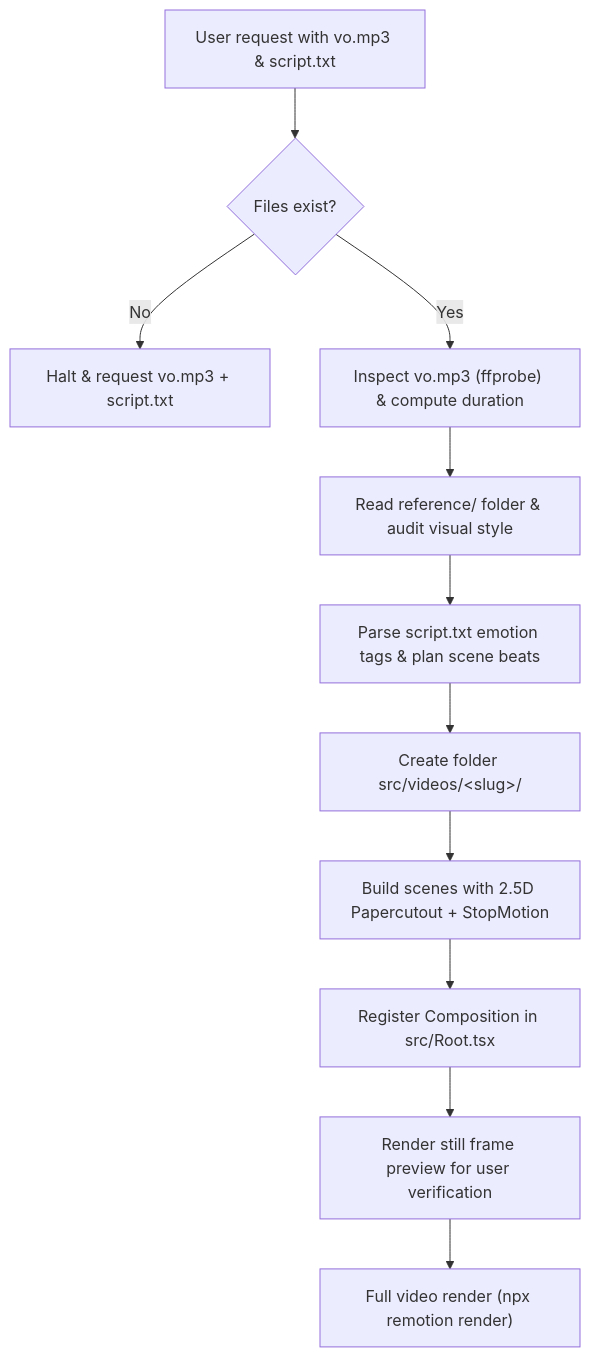
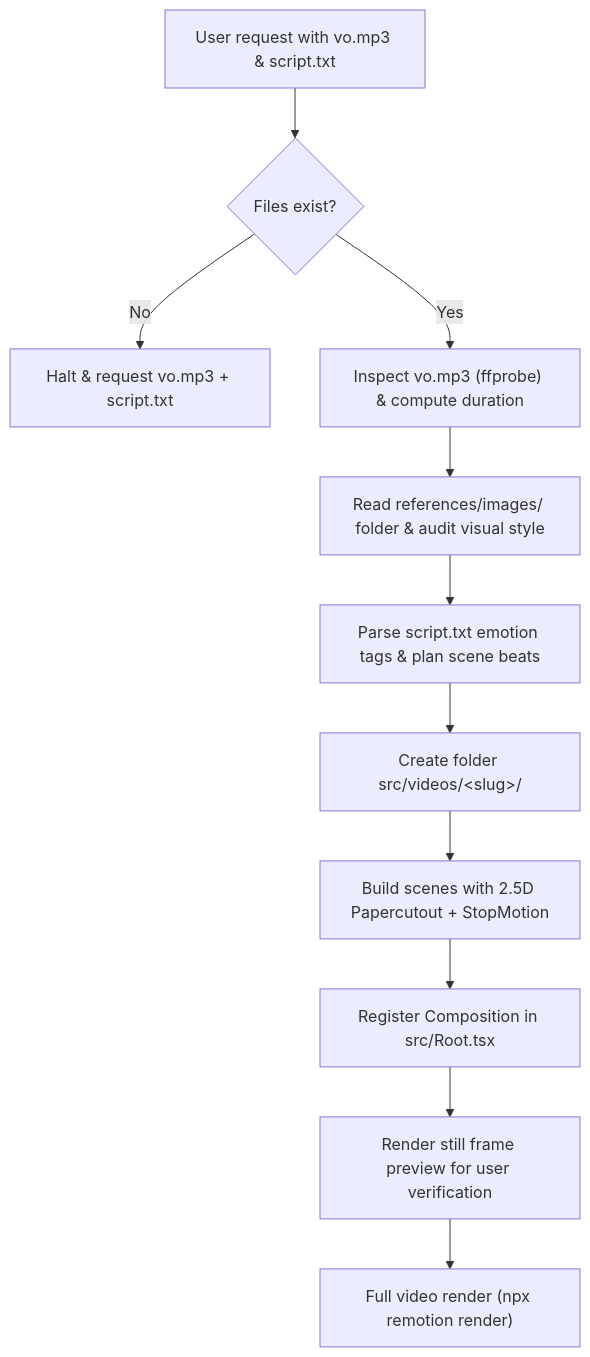
One commit to aguspranyoto/gud-animated-shorts changed the diagram in SKILL.md. Above: the diagram before and after it, drawn with Mermaid. The commit also changed other lines of this file, not shown here.

Commit message:
docs: update reference folder path to references/images and add emotion-spring-matrix.md

````diff
--- a/SKILL.md
+++ b/SKILL.md
@@ -401,13 +403,13 @@
 ```mermaid
 flowchart TD
     A["User request with vo.mp3 & script.txt"] --> B{"Files exist?"}
     B -- No --> C["Halt & request vo.mp3 + script.txt"]
     B -- Yes --> D["Inspect vo.mp3 (ffprobe) & compute duration"]
-    D --> E["Read reference/ folder & audit visual style"]
+    D --> E["Read references/images/ folder & audit visual style"]
     E --> F["Parse script.txt emotion tags & plan scene beats"]
     F --> G["Create folder src/videos/&lt;slug&gt;/"]
     G --> H["Build scenes with 2.5D Papercutout + StopMotion"]
     H --> I["Register Composition in src/Root.tsx"]
     I --> J["Render still frame preview for user verification"]
     J --> K["Full video render (npx remotion render)"]
 ```
````
